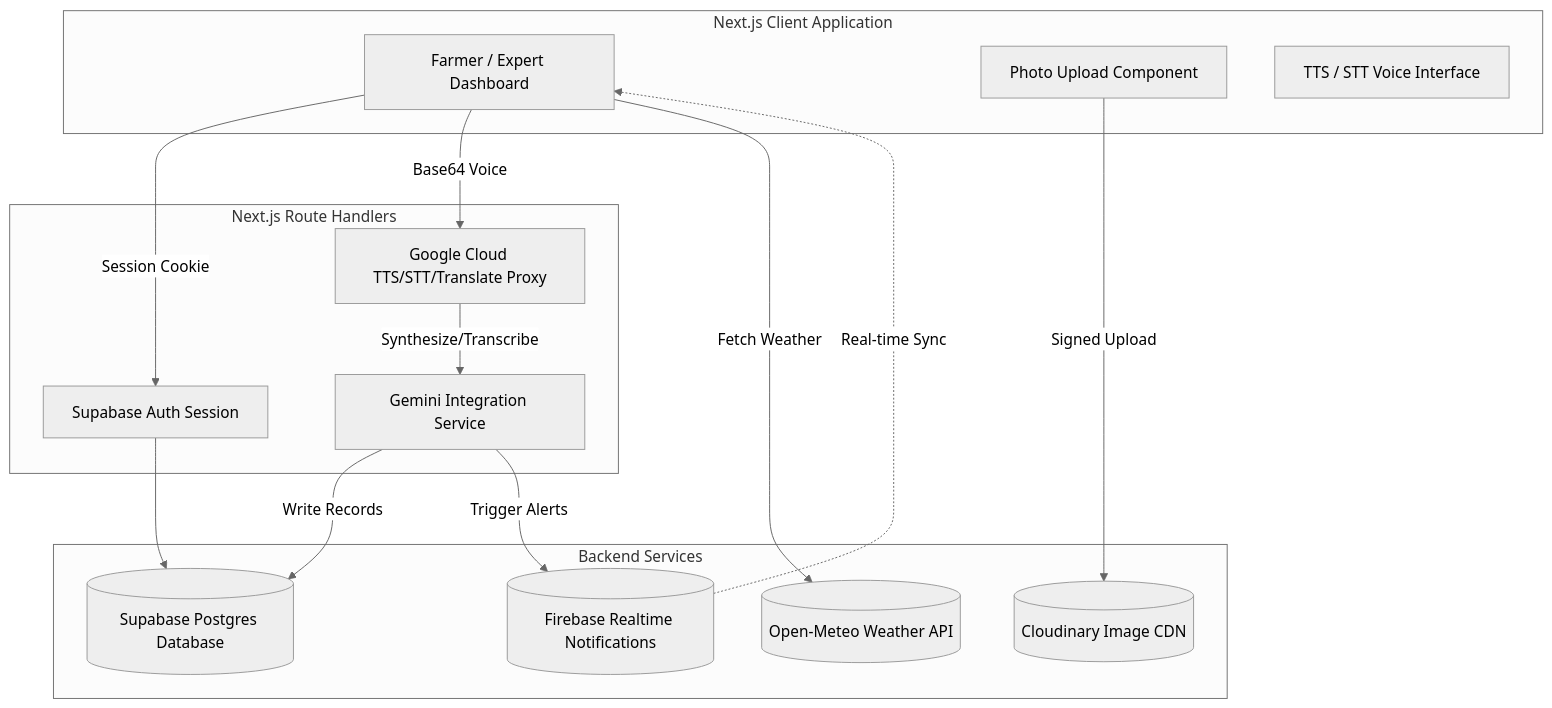
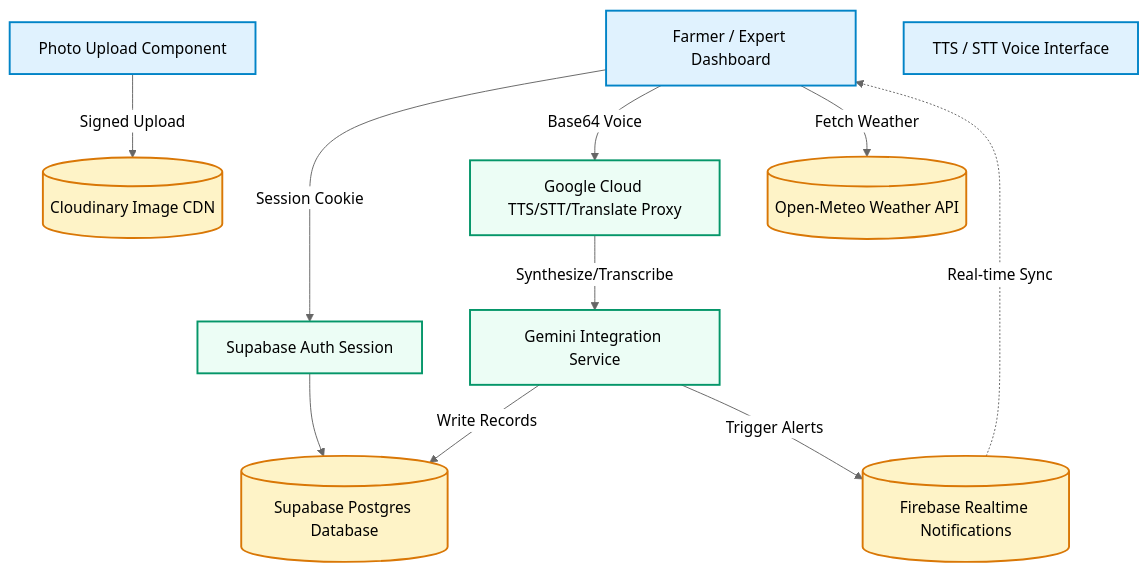
One commit to brijeshearn12-dotcom/kisan-alert changed the first of 4 diagrams in README.md. Above: the diagram before and after it, drawn with Mermaid (neutral theme). The commit also changed other lines of this file, not shown here.

````diff
--- a/README.md
+++ b/README.md
@@ -72,33 +125,31 @@
 ```mermaid
 graph TD
-    subgraph Frontend [Next.js Client Application]
-        Client[Farmer / Expert Dashboard]
-        Upload[Photo Upload Component]
-        Voice[TTS / STT Voice Interface]
-    end
+    classDef client fill:#e0f2fe,stroke:#0284c7,stroke-width:2px;
+    classDef server fill:#ecfdf5,stroke:#059669,stroke-width:2px;
+    classDef database fill:#fef3c7,stroke:#d97706,stroke-width:2px;
 
-    subgraph Server [Next.js Route Handlers]
-        AuthHandler[Supabase Auth Session]
-        GeminiService[Gemini Integration Service]
-        CloudProxy[Google Cloud TTS/STT/Translate Proxy]
-    end
+    Client["Farmer / Expert Dashboard"]:::client
+    Upload["Photo Upload Component"]:::client
+    Voice["TTS / STT Voice Interface"]:::client
 
-    subgraph Backend [Backend Services]
-        SupaDB[(Supabase Postgres Database)]
-        RealtimeDB[(Firebase Realtime Notifications)]
-        Cloudinary[(Cloudinary Image CDN)]
-        OpenMeteo[(Open-Meteo Weather API)]
-    end
+    AuthHandler["Supabase Auth Session"]:::server
+    GeminiService["Gemini Integration Service"]:::server
+    CloudProxy["Google Cloud TTS/STT/Translate Proxy"]:::server
+
+    SupaDB[("Supabase Postgres Database")]:::database
+    RealtimeDB[("Firebase Realtime Notifications")]:::database
+    Cloudinary[("Cloudinary Image CDN")]:::database
+    OpenMeteo[("Open-Meteo Weather API")]:::database
 
     Client -->|Session Cookie| AuthHandler
     Client -->|Base64 Voice| CloudProxy
     Upload -->|Signed Upload| Cloudinary
     Client -->|Fetch Weather| OpenMeteo
     
     GeminiService -->|Write Records| SupaDB
     AuthHandler --> SupaDB
     CloudProxy -->|Synthesize/Transcribe| GeminiService
     
     GeminiService -->|Trigger Alerts| RealtimeDB
     RealtimeDB -.->|Real-time Sync| Client
 ```
````
